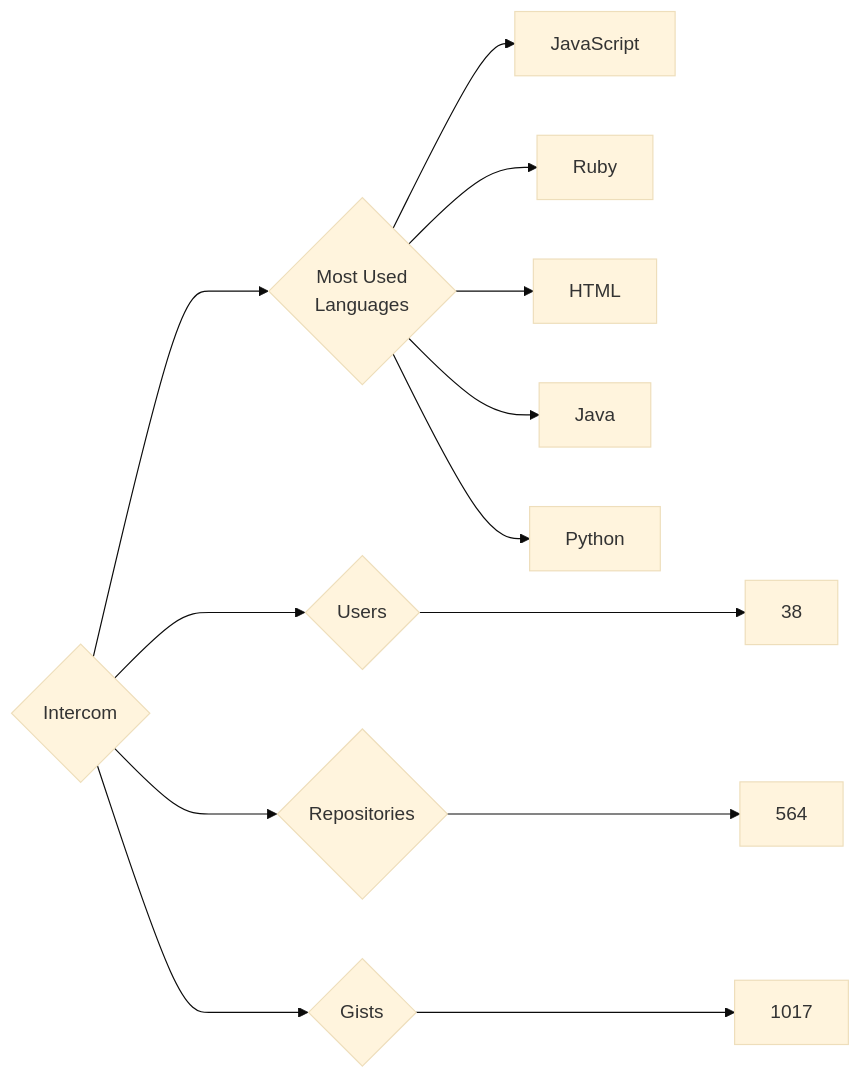
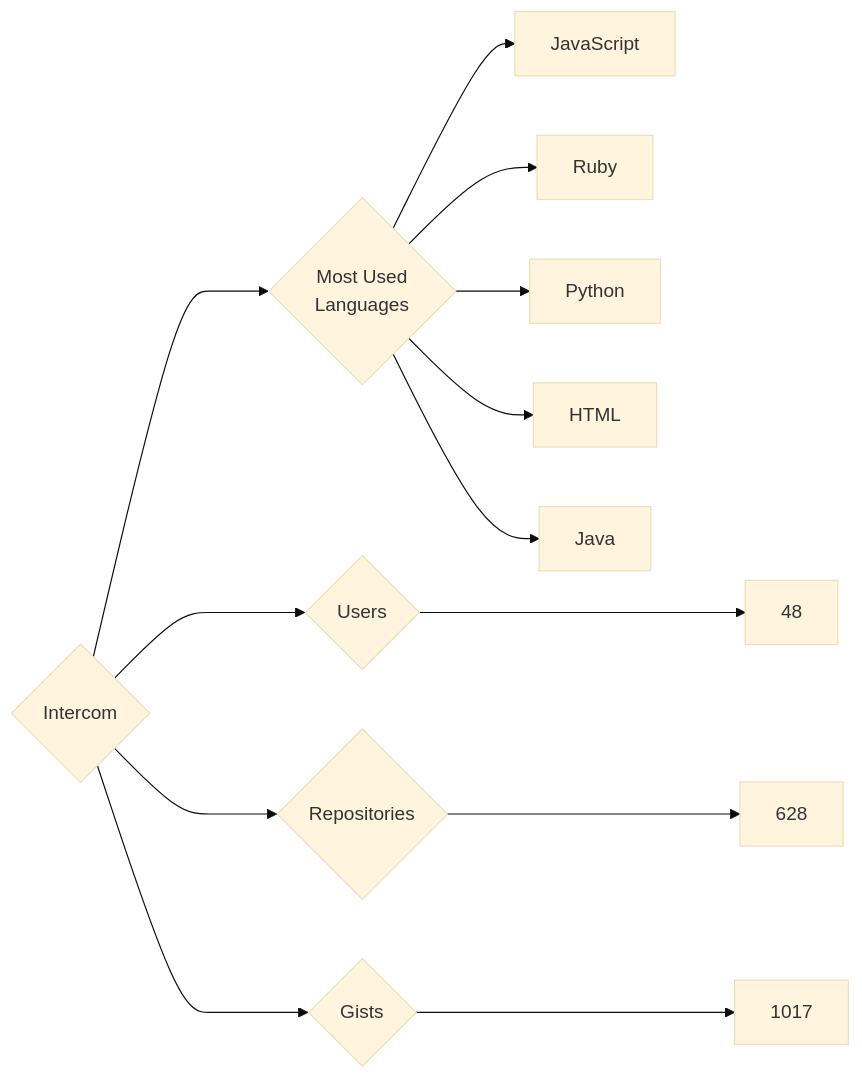
One commit to trickest/insiders changed the diagram in targets/Intercom/README.md. Above: the diagram before and after it, drawn with Mermaid (base theme). The commit also changed 1314 other files, not shown here.

````diff
--- a/targets/Intercom/README.md
+++ b/targets/Intercom/README.md
@@ -3,13 +3,13 @@
 ```mermaid
 graph LR
 COMPANY_NAME{Intercom}
-COMPANY_NAME ---> U{Users} ---> UN[38]
-COMPANY_NAME ---> R{Repositories} ---> RN[564]
+COMPANY_NAME ---> U{Users} ---> UN[48]
+COMPANY_NAME ---> R{Repositories} ---> RN[628]
 COMPANY_NAME ---> G{Gists} ---> GN[1017]
 COMPANY_NAME ---> ML{Most Used<br>Languages}
 ML --> JavaScript[JavaScript]
 ML --> Ruby[Ruby]
+ML --> Python[Python]
 ML --> HTML[HTML]
 ML --> Java[Java]
-ML --> Python[Python]
 ```
````
